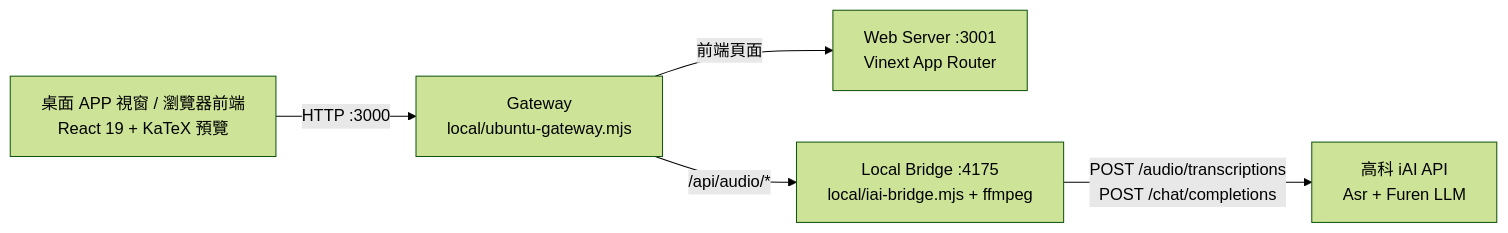
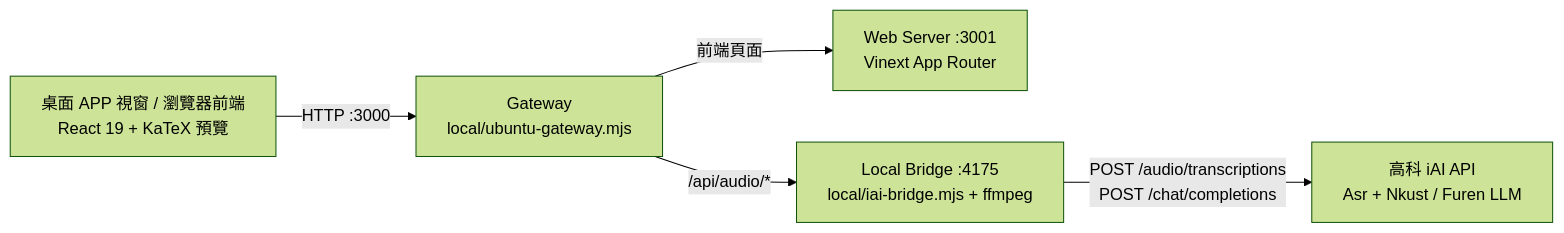
Before and after one commit to WangBens/NKUST_iAI_Note-tools: the diagram in README.md, drawn with Mermaid (forest theme). The commit also changed other lines of this file and 9 other files, not shown here.

````diff
--- a/README.md
+++ b/README.md
@@ -47,7 +61,7 @@
 ```mermaid
 flowchart LR
     UI["桌面 APP 視窗 / 瀏覽器前端<br/>React 19 + KaTeX 預覽"] -->|HTTP :3000| Gateway["Gateway<br/>local/ubuntu-gateway.mjs"]
     Gateway -->|前端頁面| Web["Web Server :3001<br/>Vinext App Router"]
     Gateway -->|/api/audio/*| Bridge["Local Bridge :4175<br/>local/iai-bridge.mjs + ffmpeg"]
-    Bridge -->|POST /audio/transcriptions<br/>POST /chat/completions| iAI["高科 iAI API<br/>Asr + Furen LLM"]
+    Bridge -->|POST /audio/transcriptions<br/>POST /chat/completions| iAI["高科 iAI API<br/>Asr + Nkust / Furen LLM"]
 ```
````
